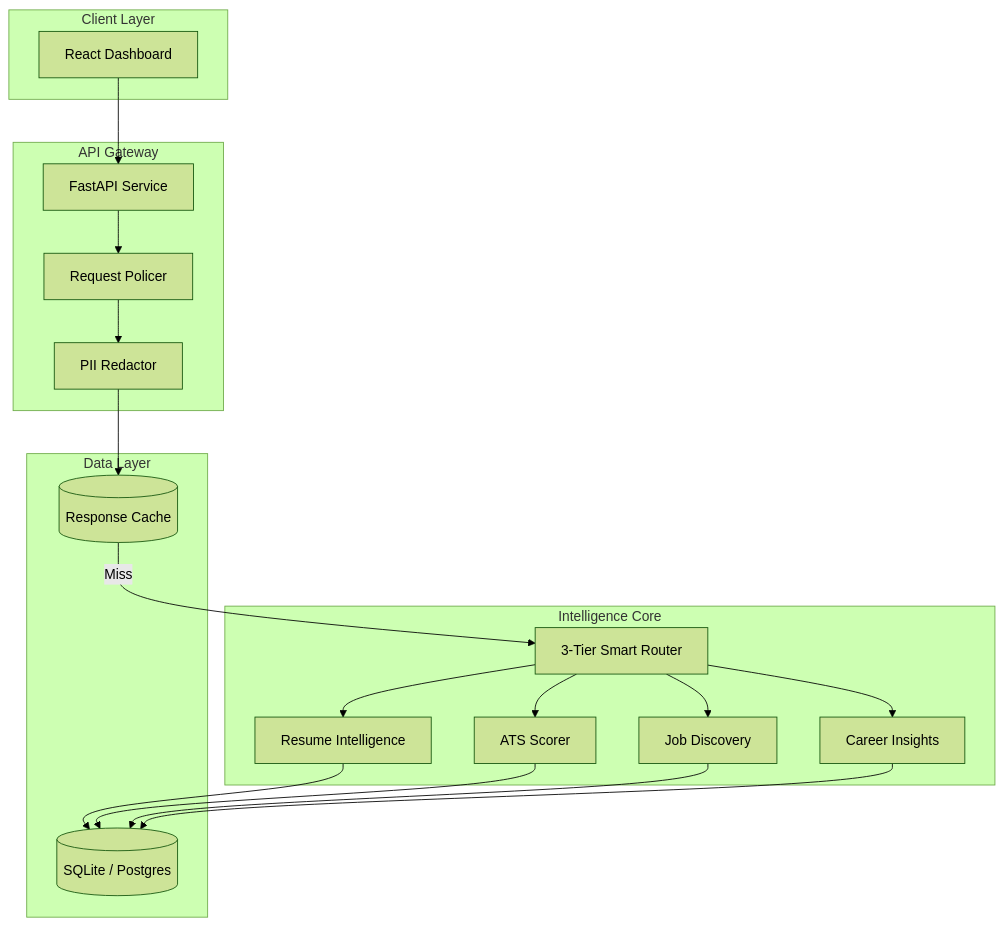
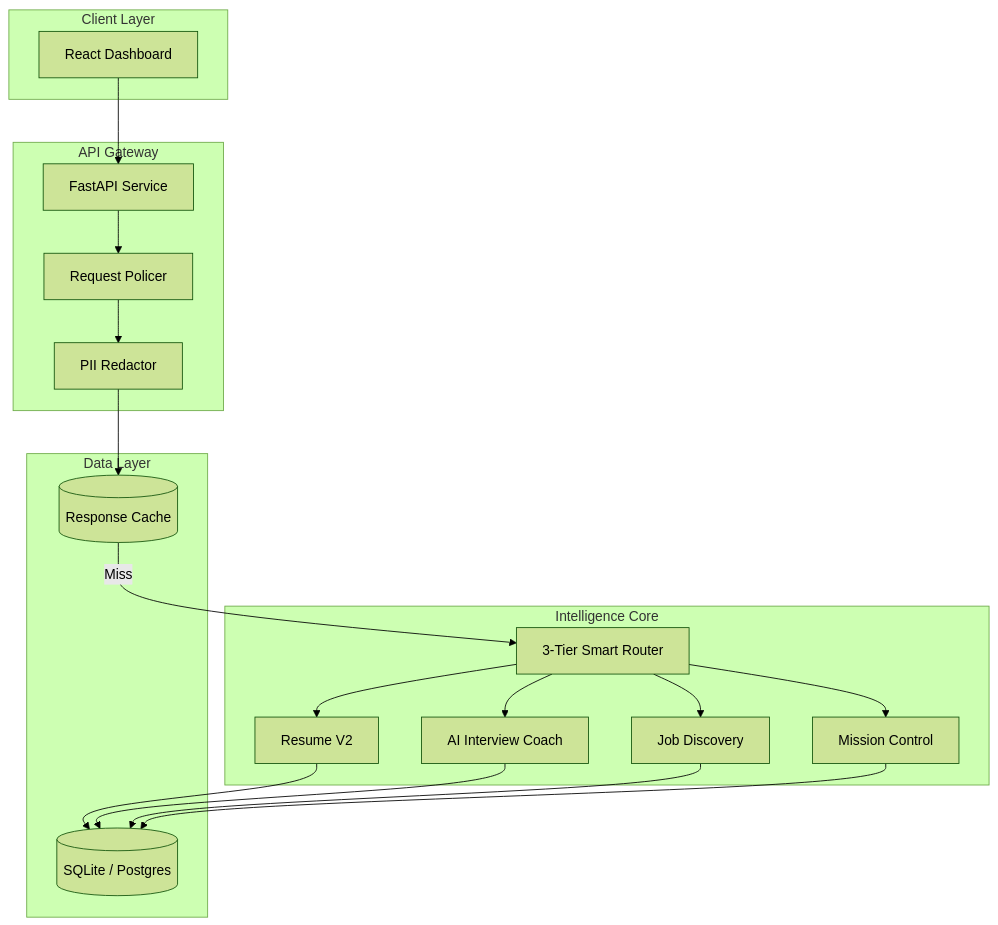
One commit to IamAzmathullaShaikh/JobHunterAI changed the diagram in README.md. Above: the diagram before and after it, drawn with Mermaid (forest theme). The commit also changed other lines of this file and 58 other files, not shown here.

````diff
--- a/README.md
+++ b/README.md
@@ -19,33 +17,33 @@
 ```mermaid
 graph TD
     subgraph Client Layer
         Web[React Dashboard]
     end
 
     subgraph API Gateway
         FastAPI[FastAPI Service]
         Policer[Request Policer]
         Sanitizer[PII Redactor]
     end
 
     subgraph Intelligence Core
         Router[3-Tier Smart Router]
-        ResumeEngine[Resume Intelligence]
-        MatchingEngine[ATS Scorer]
+        ResumeEngine[Resume V2]
+        Coach[AI Interview Coach]
         ScraperFleet[Job Discovery]
-        Analytics[Career Insights]
+        Analytics[Mission Control]
     end
 
     subgraph Data Layer
         Cache[(Response Cache)]
         DB[(SQLite / Postgres)]
     end
 
     Web --> FastAPI
     FastAPI --> Policer
     Policer --> Sanitizer
     Sanitizer --> Cache
     Cache -- Miss --> Router
-    Router --> ResumeEngine & MatchingEngine & ScraperFleet & Analytics
-    ResumeEngine & MatchingEngine & ScraperFleet & Analytics --> DB
+    Router --> ResumeEngine & Coach & ScraperFleet & Analytics
+    ResumeEngine & Coach & ScraperFleet & Analytics --> DB
 ```
````
